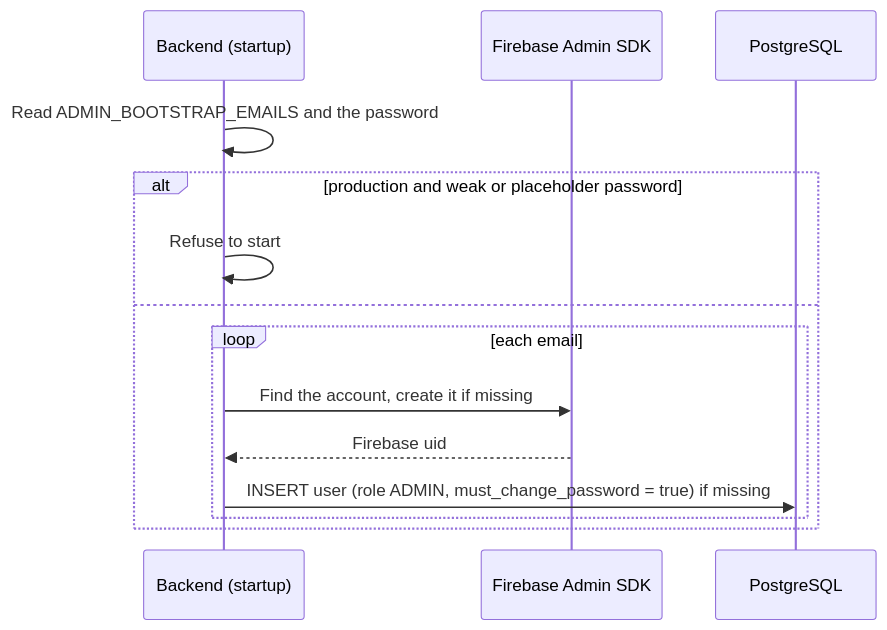
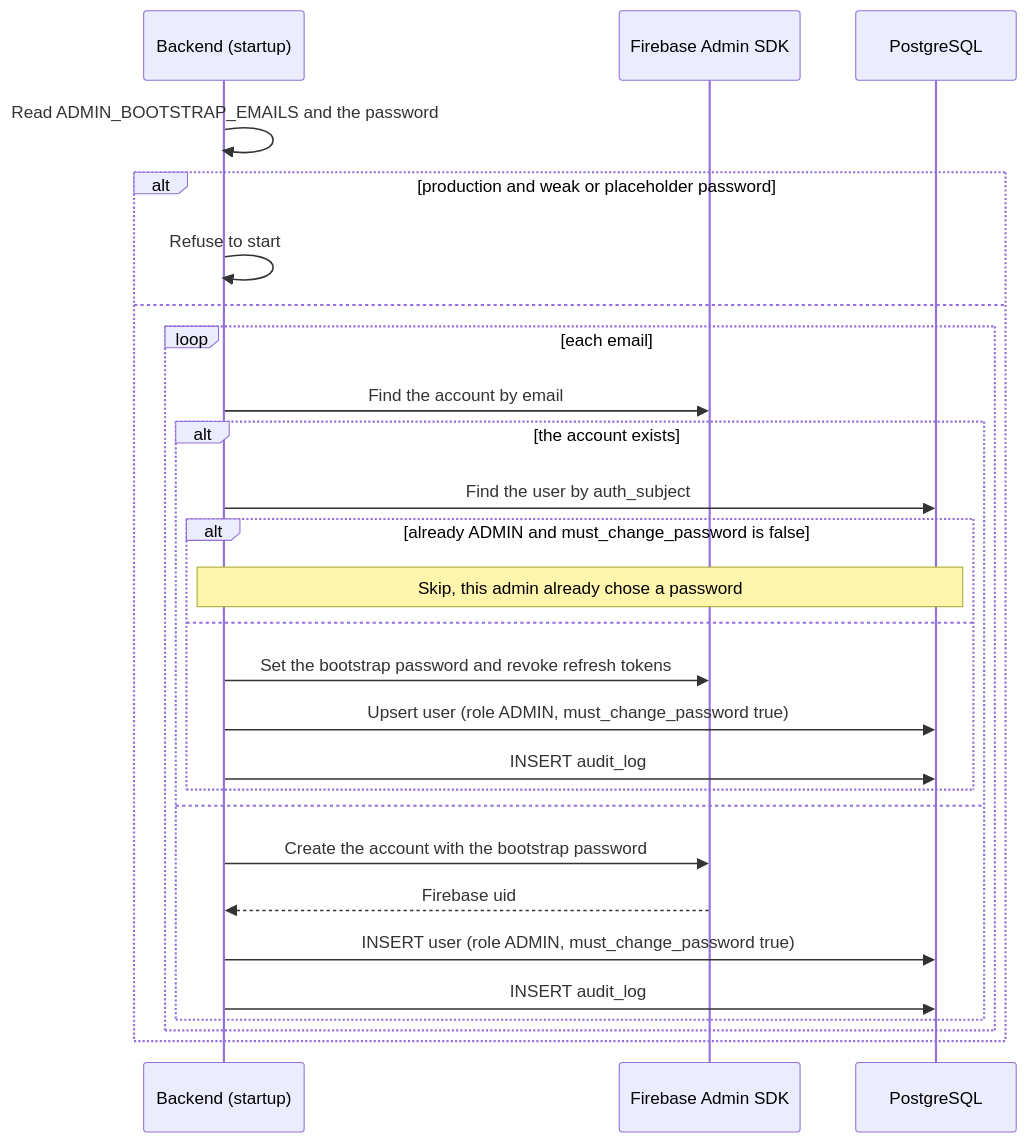
The second of 10 diagrams in docs/design/flows.md (Kerolly/software_engineering_II), drawn with Mermaid before and after one commit. The commit also changed other lines of this file and 2 other files, not shown here.

````diff
--- a/docs/design/flows.md
+++ b/docs/design/flows.md
@@ -35,17 +40,30 @@
 ```mermaid
 sequenceDiagram
     participant BE as Backend (startup)
     participant FB as Firebase Admin SDK
     participant DB as PostgreSQL
 
     BE->>BE: Read ADMIN_BOOTSTRAP_EMAILS and the password
     alt production and weak or placeholder password
         BE->>BE: Refuse to start
     else
         loop each email
-            BE->>FB: Find the account, create it if missing
-            FB-->>BE: Firebase uid
-            BE->>DB: INSERT user (role ADMIN, must_change_password = true) if missing
+            BE->>FB: Find the account by email
+            alt the account exists
+                BE->>DB: Find the user by auth_subject
+                alt already ADMIN and must_change_password is false
+                    Note over BE,DB: Skip, this admin already chose a password
+                else
+                    BE->>FB: Set the bootstrap password and revoke refresh tokens
+                    BE->>DB: Upsert user (role ADMIN, must_change_password true)
+                    BE->>DB: INSERT audit_log
+                end
+            else
+                BE->>FB: Create the account with the bootstrap password
+                FB-->>BE: Firebase uid
+                BE->>DB: INSERT user (role ADMIN, must_change_password true)
+                BE->>DB: INSERT audit_log
+            end
         end
     end
 ```
````
